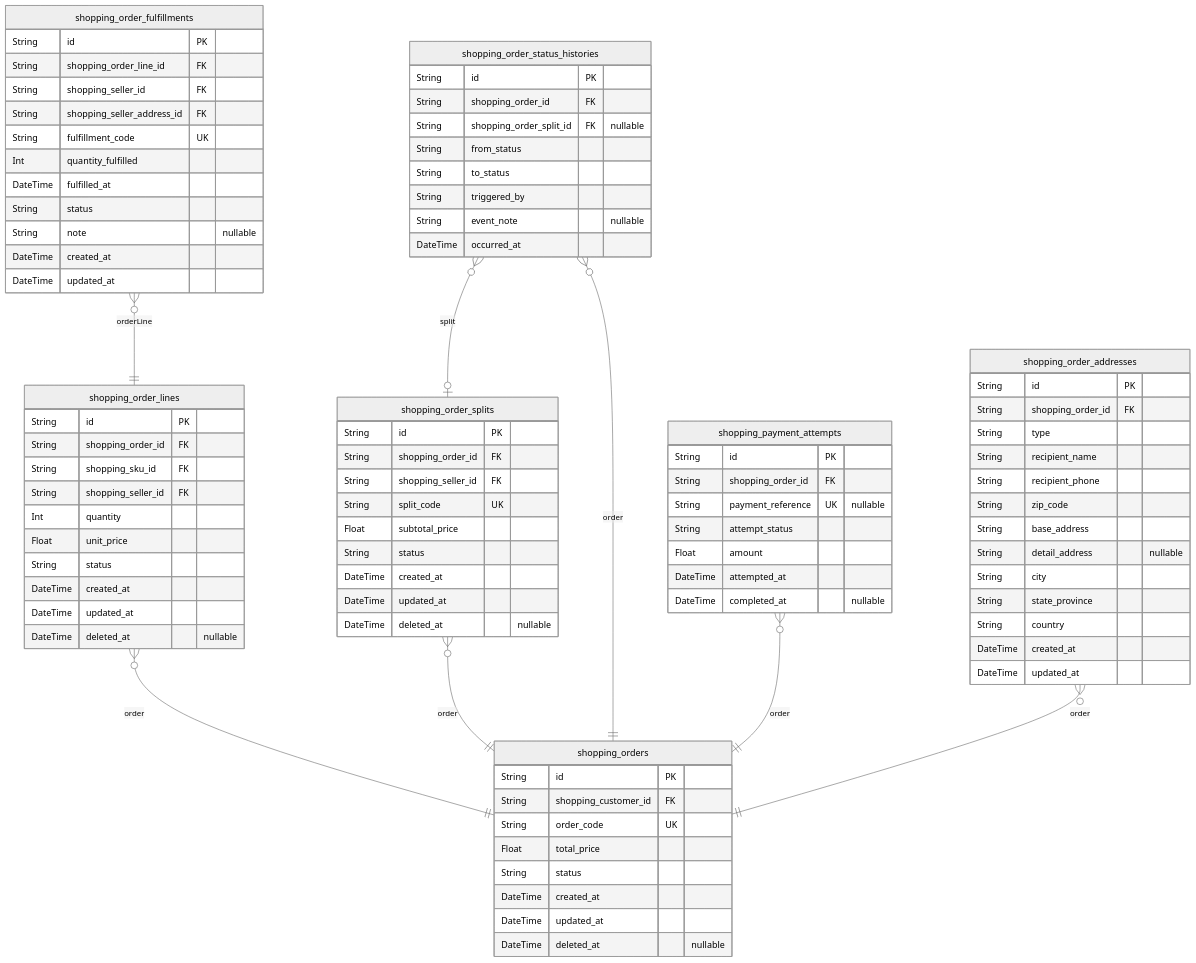
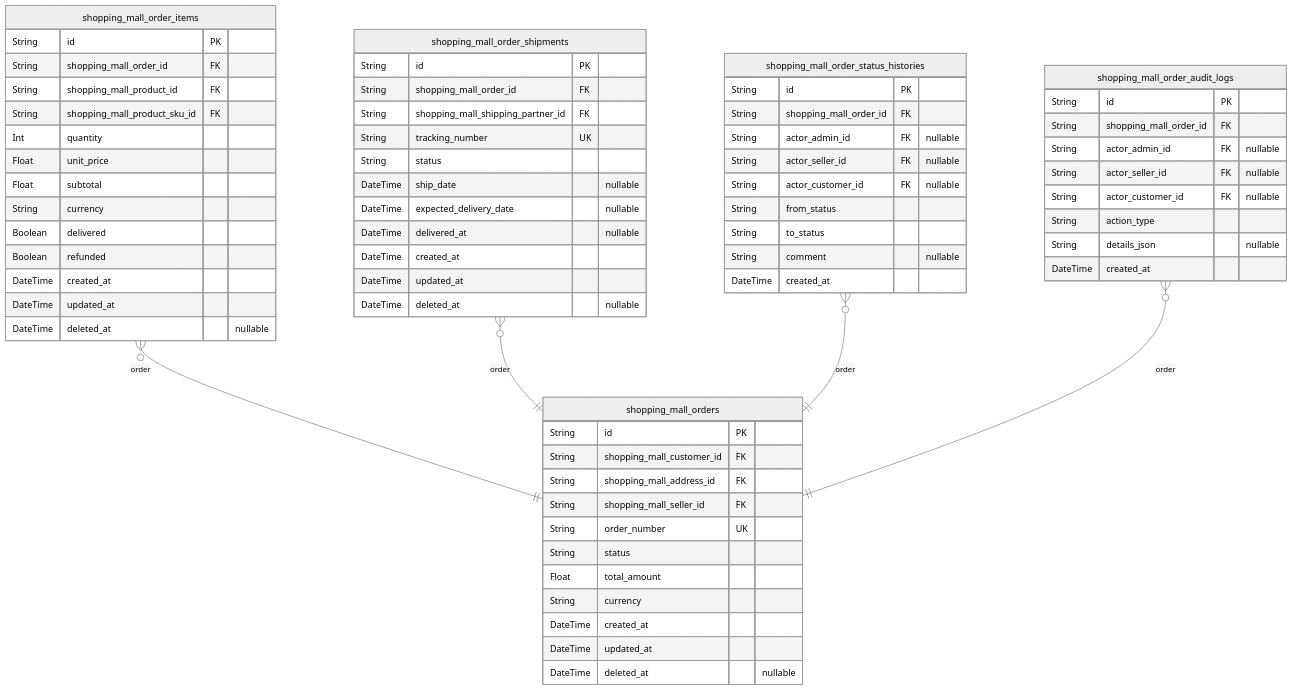
The fifth of 10 diagrams in openai/gpt-4.1/shopping/docs/ERD.md (wrtnlabs/autobe-examples), drawn with Mermaid (neutral theme) before and after one commit. The commit also changed other lines of this file and 22498 other files, not shown here.

````diff
--- a/openai/gpt-4.1/shopping/docs/ERD.md
+++ b/openai/gpt-4.1/shopping/docs/ERD.md
@@ -1178,90 +870,69 @@
 ```mermaid
 erDiagram
-"shopping_orders" {
+"shopping_mall_orders" {
   String id PK
-  String shopping_customer_id FK
-  String order_code UK
-  Float total_price
+  String shopping_mall_customer_id FK
+  String shopping_mall_address_id FK
+  String shopping_mall_seller_id FK
+  String order_number UK
   String status
+  Float total_amount
+  String currency
   DateTime created_at
   DateTime updated_at
   DateTime deleted_at "nullable"
 }
-"shopping_order_lines" {
+"shopping_mall_order_items" {
   String id PK
-  String shopping_order_id FK
-  String shopping_sku_id FK
-  String shopping_seller_id FK
+  String shopping_mall_order_id FK
+  String shopping_mall_product_id FK
+  String shopping_mall_product_sku_id FK
   Int quantity
   Float unit_price
-  String status
+  Float subtotal
+  String currency
+  Boolean delivered
+  Boolean refunded
   DateTime created_at
   DateTime updated_at
   DateTime deleted_at "nullable"
 }
-"shopping_order_splits" {
+"shopping_mall_order_shipments" {
   String id PK
-  String shopping_order_id FK
-  String shopping_seller_id FK
-  String split_code UK
-  Float subtotal_price
+  String shopping_mall_order_id FK
+  String shopping_mall_shipping_partner_id FK
+  String tracking_number UK
   String status
+  DateTime ship_date "nullable"
+  DateTime expected_delivery_date "nullable"
+  DateTime delivered_at "nullable"
   DateTime created_at
   DateTime updated_at
   DateTime deleted_at "nullable"
 }
-"shopping_order_status_histories" {
+"shopping_mall_order_status_histories" {
   String id PK
-  String shopping_order_id FK
-  String shopping_order_split_id FK "nullable"
+  String shopping_mall_order_id FK
+  String actor_admin_id FK "nullable"
+  String actor_seller_id FK "nullable"
+  String actor_customer_id FK "nullable"
   String from_status
   String to_status
-  String triggered_by
-  String event_note "nullable"
-  DateTime occurred_at
+  String comment "nullable"
+  DateTime created_at
 }
-"shopping_payment_attempts" {
+"shopping_mall_order_audit_logs" {
   String id PK
-  String shopping_order_id FK
-  String payment_reference UK "nullable"
-  String attempt_status
-  Float amount
-  DateTime attempted_at
-  DateTime completed_at "nullable"
+  String shopping_mall_order_id FK
+  String actor_admin_id FK "nullable"
+  String actor_seller_id FK "nullable"
+  String actor_customer_id FK "nullable"
+  String action_type
+  String details_json "nullable"
+  DateTime created_at
 }
-"shopping_order_fulfillments" {
-  String id PK
-  String shopping_order_line_id FK
-  String shopping_seller_id FK
-  String shopping_seller_address_id FK
-  String fulfillment_code UK
-  Int quantity_fulfilled
-  DateTime fulfilled_at
-  String status
-  String note "nullable"
-  DateTime created_at
-  DateTime updated_at
-}
-"shopping_order_addresses" {
-  String id PK
-  String shopping_order_id FK
-  String type
-  String recipient_name
-  String recipient_phone
-  String zip_code
-  String base_address
-  String detail_address "nullable"
-  String city
-  String state_province
-  String country
-  DateTime created_at
-  DateTime updated_at
-}
-"shopping_order_lines" }o--|| "shopping_orders" : order
-"shopping_order_splits" }o--|| "shopping_orders" : order
-"shopping_order_status_histories" }o--|| "shopping_orders" : order
-"shopping_order_status_histories" }o--o| "shopping_order_splits" : split
-"shopping_payment_attempts" }o--|| "shopping_orders" : order
-"shopping_order_fulfillments" }o--|| "shopping_order_lines" : orderLine
-"shopping_order_addresses" }o--|| "shopping_orders" : order
+"shopping_mall_order_items" }o--|| "shopping_mall_orders" : order
+"shopping_mall_order_shipments" }o--|| "shopping_mall_orders" : order
+"shopping_mall_order_status_histories" }o--|| "shopping_mall_orders" : order
+"shopping_mall_order_audit_logs" }o--|| "shopping_mall_orders" : order
 ```
````
